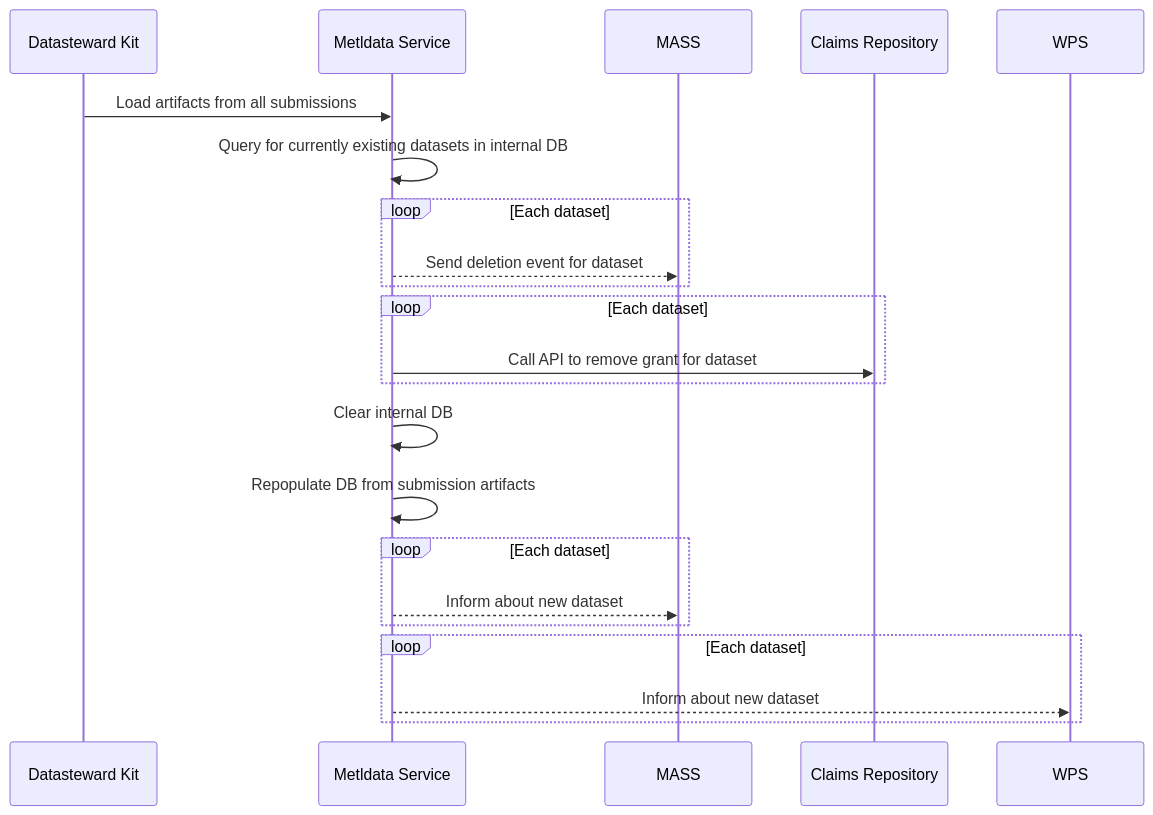
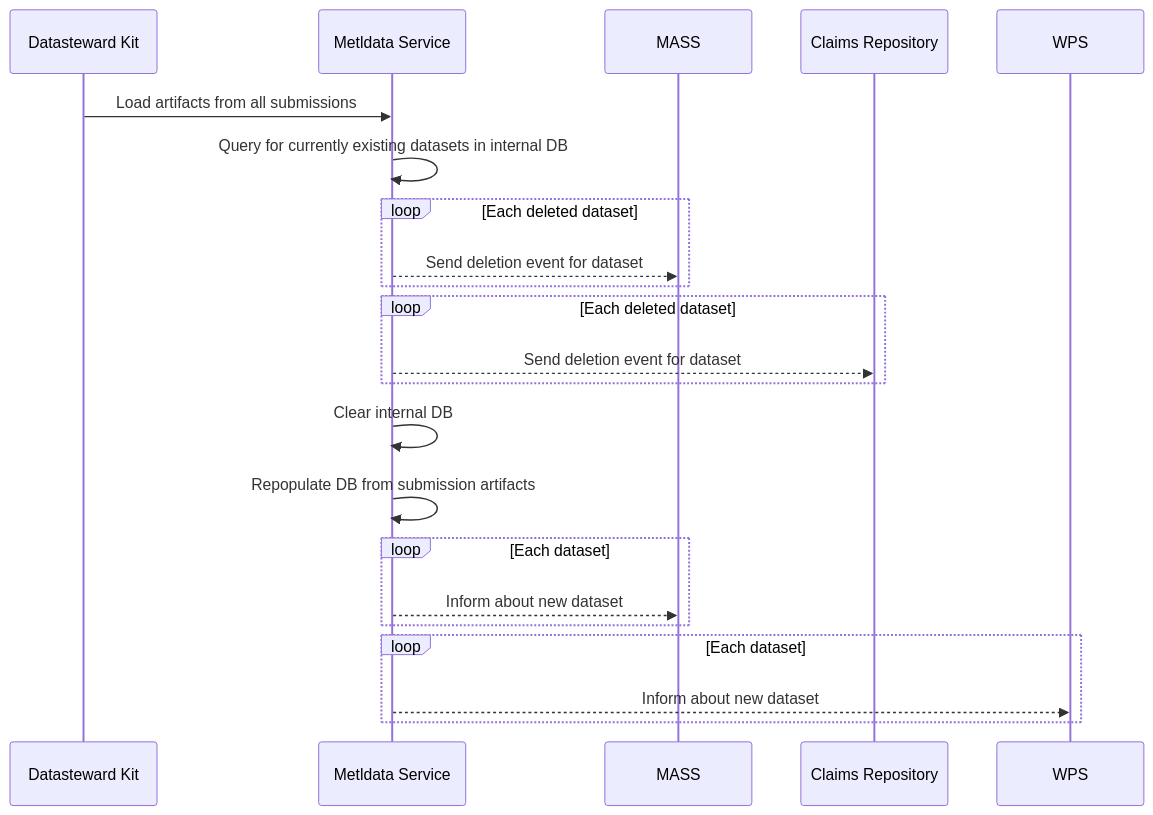
One commit to ghga-de/milestones-docs changed the diagram in 38-tokay-gecko/technical_specification.md. Above: the diagram before and after it, drawn with Mermaid. The commit also changed other lines of this file, not shown here.

````diff
--- a/38-tokay-gecko/technical_specification.md
+++ b/38-tokay-gecko/technical_specification.md
@@ -36,30 +35,30 @@
 ```mermaid
 sequenceDiagram
   participant Kit as Datasteward Kit
   participant API as Metldata Service
   participant MASS
   participant claims as Claims Repository
   participant WPS
 
   Kit ->> API: Load artifacts from all submissions
   API ->> API: Query for currently existing datasets in internal DB
 
-  loop Each dataset
+  loop Each deleted dataset
   API -->> MASS: Send deletion event for dataset
   end
 
-  loop Each dataset
-  API ->> claims: Call API to remove grant for dataset
+  loop Each deleted dataset
+  API -->> claims: Send deletion event for dataset
   end
 
   API ->> API: Clear internal DB
   API ->> API: Repopulate DB from submission artifacts
 
   loop Each dataset
   API -->> MASS: Inform about new dataset
   end
 
   loop Each dataset
   API -->> WPS: Inform about new dataset
   end
 ```
````
